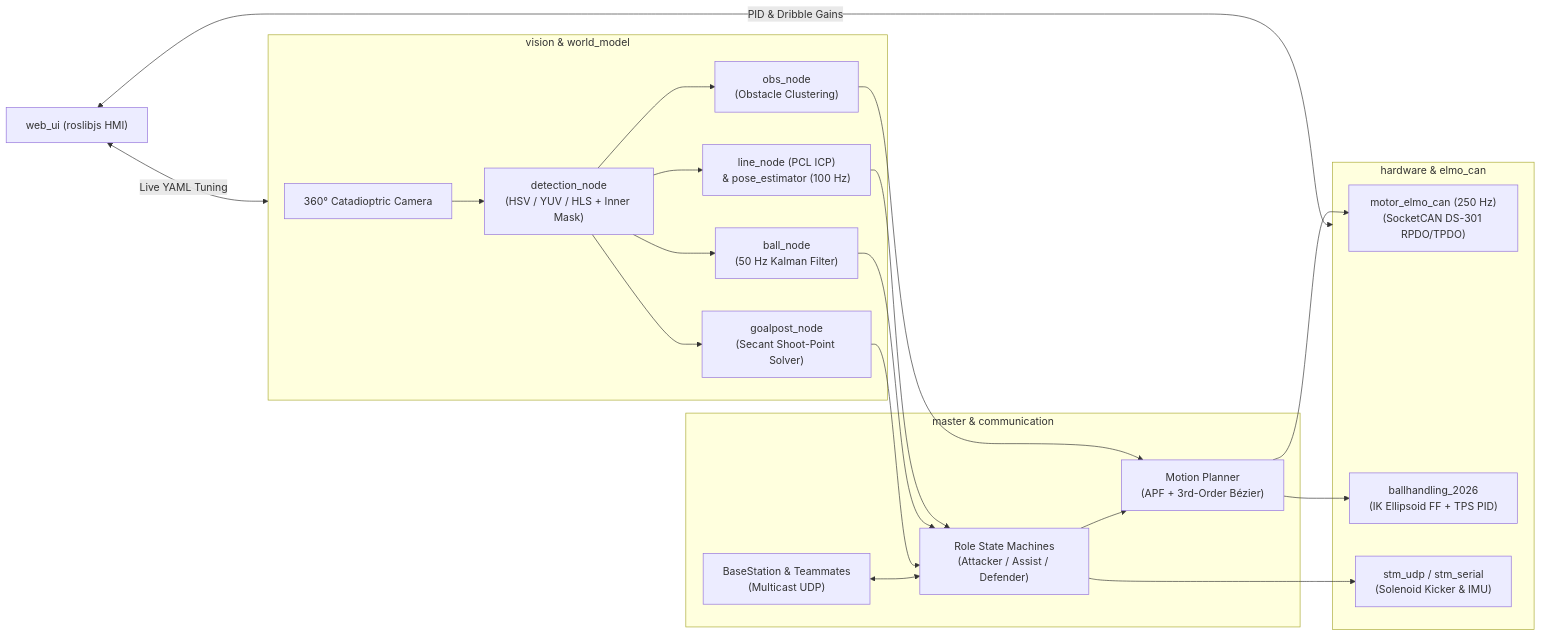
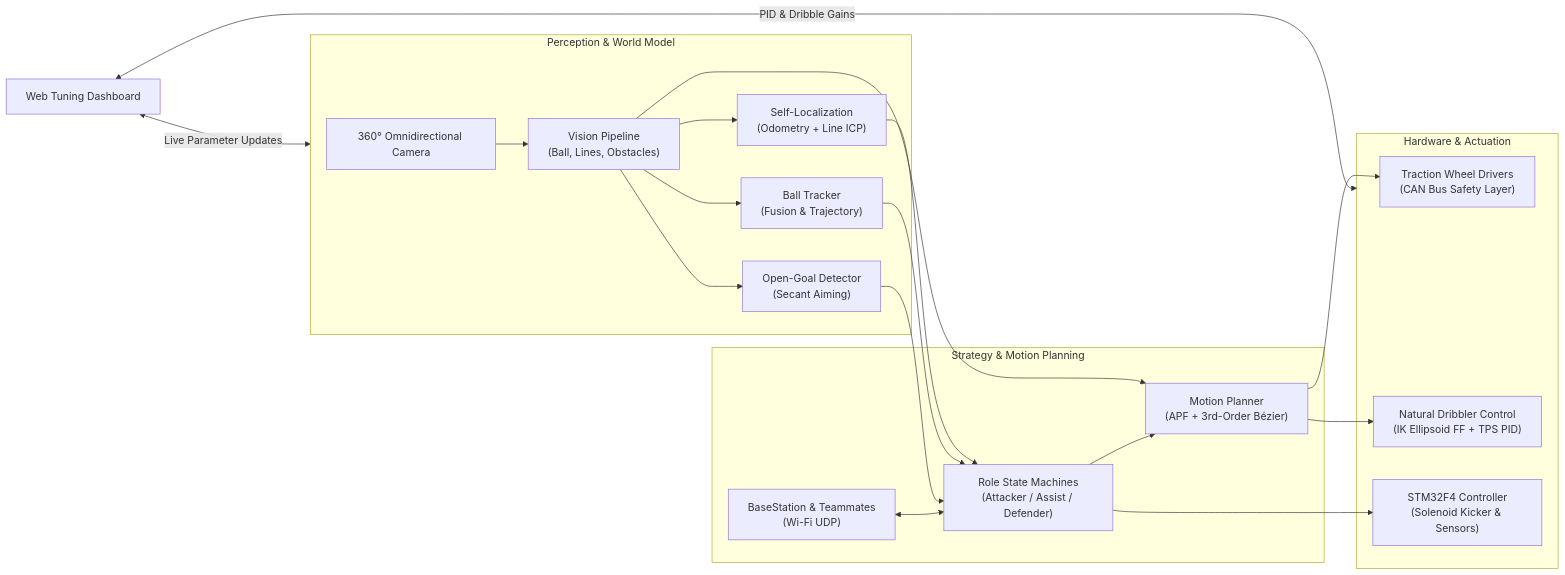
One commit to apt2736/markdown-portfolio changed the diagram in pages/projects/iris_msl_overview.md. Above: the diagram before and after it, drawn with Mermaid. The commit also changed other lines of this file and 2 other files, not shown here.

````diff
--- a/pages/projects/iris_msl_overview.md
+++ b/pages/projects/iris_msl_overview.md
@@ -70,28 +69,27 @@
 ```mermaid
 flowchart LR
-    subgraph Perception ["vision & world_model"]
-        CAM["360° Catadioptric Camera"] --> DET["detection_node<br/>(HSV / YUV / HLS + Inner Mask)"]
-        DET --> ICP["line_node (PCL ICP)<br/>& pose_estimator (100 Hz)"]
-        DET --> BALL["ball_node<br/>(50 Hz Kalman Filter)"]
-        DET --> GOAL["goalpost_node<br/>(Secant Shoot-Point Solver)"]
-        DET --> OBS["obs_node<br/>(Obstacle Clustering)"]
+    subgraph Perception ["Perception & World Model"]
+        CAM["360° Omnidirectional Camera"] --> VIS["Vision Pipeline<br/>(Ball, Lines, Obstacles)"]
+        VIS --> LOC["Self-Localization<br/>(Odometry + Line ICP)"]
+        VIS --> BALL["Ball Tracker<br/>(Fusion & Trajectory)"]
+        VIS --> GOAL["Open-Goal Detector<br/>(Secant Aiming)"]
     end
 
-    subgraph Strategy ["master & communication"]
-        ICP --> ROLES["Role State Machines<br/>(Attacker / Assist / Defender)"]
+    subgraph Strategy ["Strategy & Motion Planning"]
+        LOC --> ROLES["Role State Machines<br/>(Attacker / Assist / Defender)"]
         BALL --> ROLES
         GOAL --> ROLES
-        OBS --> MOT["Motion Planner<br/>(APF + 3rd-Order Bézier)"]
+        VIS --> MOT["Motion Planner<br/>(APF + 3rd-Order Bézier)"]
         ROLES --> MOT
-        BS["BaseStation & Teammates<br/>(Multicast UDP)"] <--> ROLES
+        BS["BaseStation & Teammates<br/>(Wi-Fi UDP)"] <--> ROLES
     end
 
-    subgraph Actuation ["hardware & elmo_can"]
-        MOT --> CAN["motor_elmo_can (250 Hz)<br/>(SocketCAN DS-301 RPDO/TPDO)"]
-        MOT --> DRIB["ballhandling_2026<br/>(IK Ellipsoid FF + TPS PID)"]
-        ROLES --> STM["stm_udp / stm_serial<br/>(Solenoid Kicker & IMU)"]
+    subgraph Actuation ["Hardware & Actuation"]
+        MOT --> CAN["Traction Wheel Drivers<br/>(CAN Bus Safety Layer)"]
+        MOT --> DRIB["Natural Dribbler Control<br/>(IK Ellipsoid FF + TPS PID)"]
+        ROLES --> STM["STM32F4 Controller<br/>(Solenoid Kicker & Sensors)"]
     end
 
-    WEB["web_ui (roslibjs HMI)"] <-->|"Live YAML Tuning"| Perception
+    WEB["Web Tuning Dashboard"] <-->|"Live Parameter Updates"| Perception
     WEB <-->|"PID & Dribble Gains"| Actuation
 ```
````
